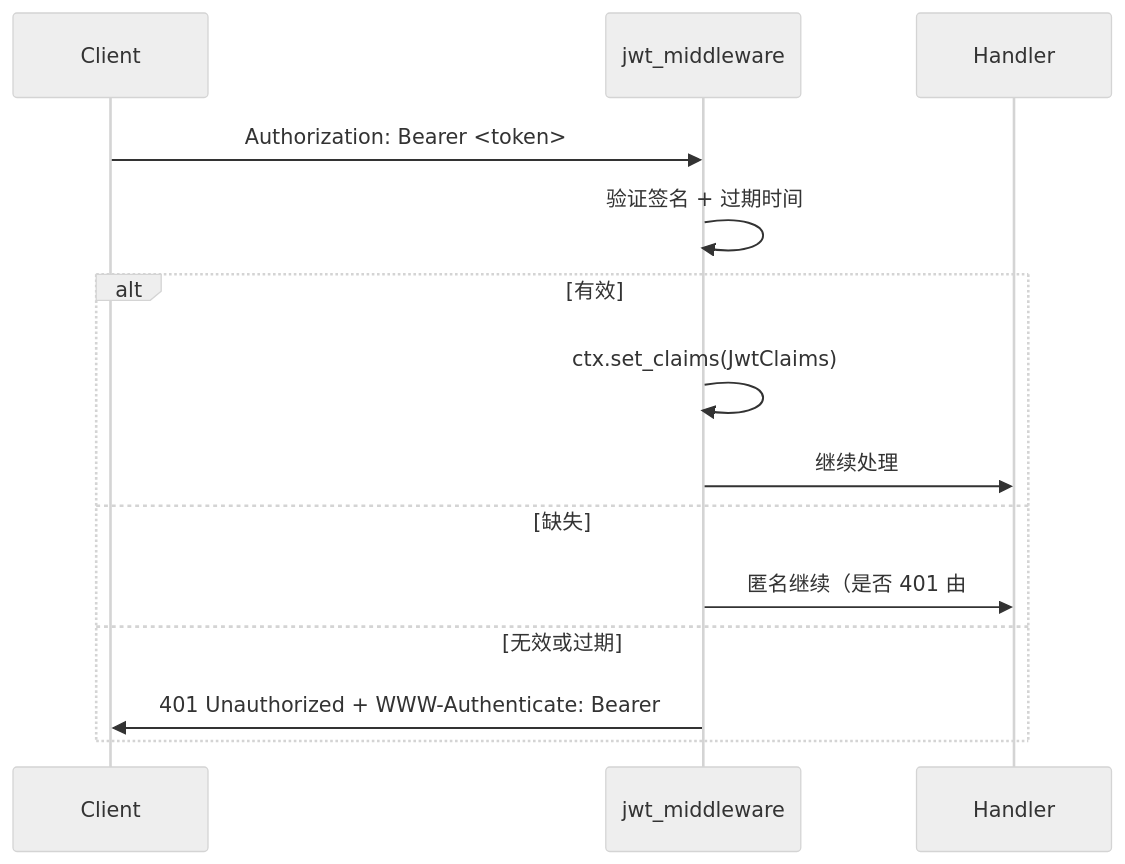
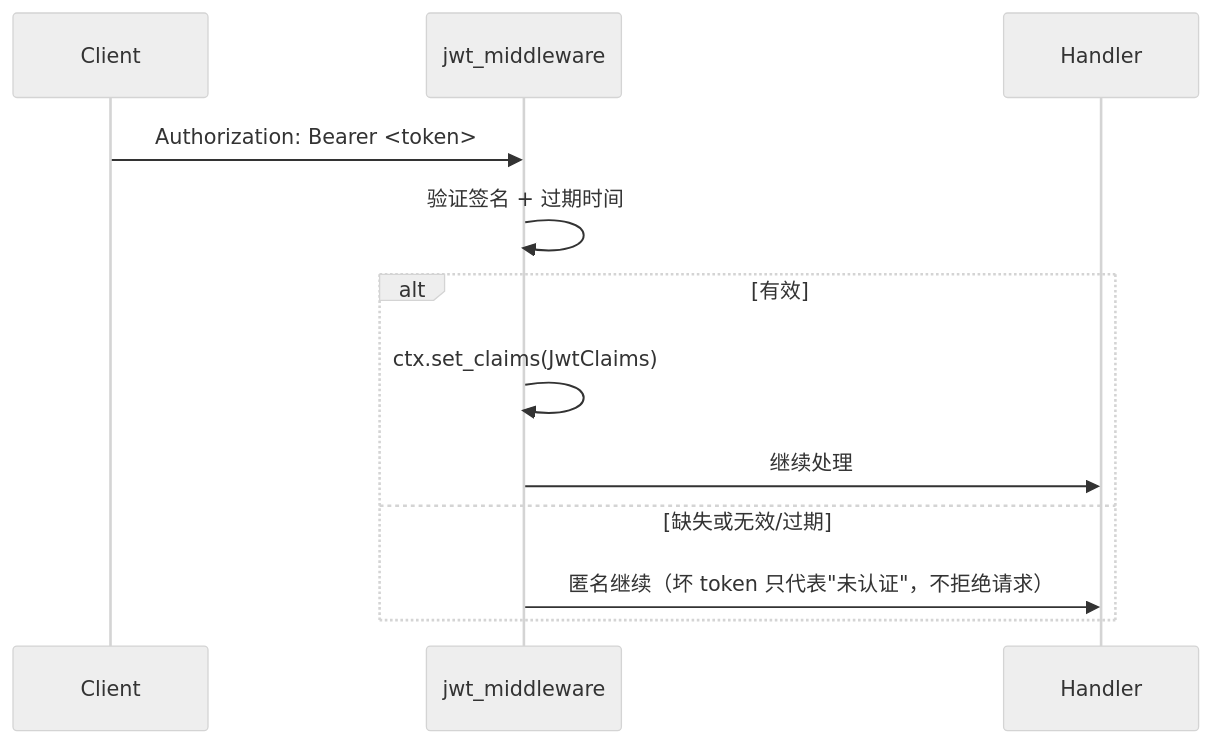
One commit to Rust-Framework/rust-webx changed the diagram in docs/rust-webx/09-auth-security/jwt-authentication.md. Above: the diagram before and after it, drawn with Mermaid (neutral theme). The commit also changed other lines of this file and 21 other files, not shown here.

````diff
--- a/docs/rust-webx/09-auth-security/jwt-authentication.md
+++ b/docs/rust-webx/09-auth-security/jwt-authentication.md
@@ -27,17 +27,15 @@
 ```mermaid
 sequenceDiagram
     participant Client
     participant JWT as jwt_middleware
     participant Handler
 
     Client->>JWT: Authorization: Bearer <token>
     JWT->>JWT: 验证签名 + 过期时间
     alt 有效
         JWT->>JWT: ctx.set_claims(JwtClaims)
         JWT->>Handler: 继续处理
-    else 缺失
-        JWT->>Handler: 匿名继续（是否 401 由 #[authorize] / 必填身份字段决定）
-    else 无效或过期
-        JWT->>Client: 401 Unauthorized + WWW-Authenticate: Bearer
+    else 缺失或无效/过期
+        JWT->>Handler: 匿名继续（坏 token 只代表"未认证"，不拒绝请求）
     end
 ```
````
